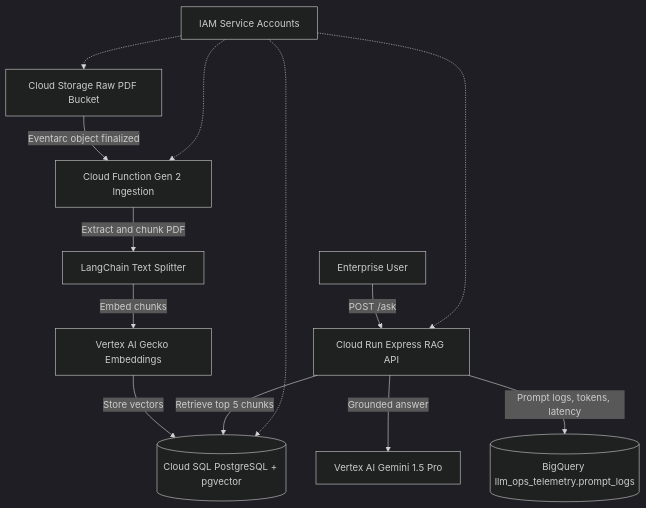
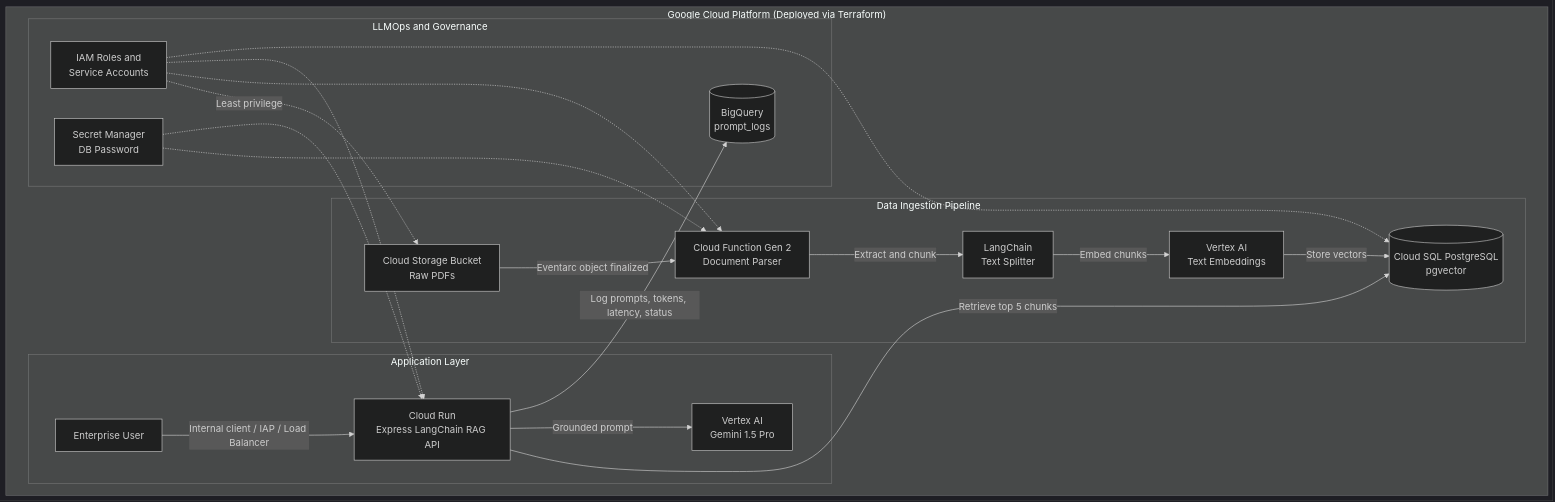
Before and after one commit to otyeung/vertex-enterprise-rag: the diagram in README.md, drawn with Mermaid (dark theme). The commit also changed other lines of this file and 1 other file, not shown here.

Commit message:
docs(readme): 補充 RAG 評估指南

````diff
--- a/README.md
+++ b/README.md
@@ -21,15 +29,27 @@
 ```mermaid
 graph TD
-    User[Enterprise User] -->|POST /ask| Run[Cloud Run Express RAG API]
-    GCS[Cloud Storage Raw PDF Bucket] -->|Eventarc object finalized| Fn[Cloud Function Gen 2 Ingestion]
-    Fn -->|Extract and chunk PDF| Split[LangChain Text Splitter]
-    Split -->|Embed chunks| Embed[Vertex AI Gecko Embeddings]
-    Embed -->|Store vectors| SQL[(Cloud SQL PostgreSQL + pgvector)]
-    Run -->|Retrieve top 5 chunks| SQL
-    Run -->|Grounded answer| Gemini[Vertex AI Gemini 1.5 Pro]
-    Run -->|Prompt logs, tokens, latency| BQ[(BigQuery llm_ops_telemetry.prompt_logs)]
-    IAM[IAM Service Accounts] -.-> GCS
-    IAM -.-> Fn
-    IAM -.-> Run
-    IAM -.-> SQL
+    subgraph GCP["Google Cloud Platform (Deployed via Terraform)"]
+        subgraph Ingestion["Data Ingestion Pipeline"]
+            GCS[Cloud Storage Bucket<br>Raw PDFs] -->|Eventarc object finalized| Fn[Cloud Function Gen 2<br>Document Parser]
+            Fn -->|Extract and chunk| Split[LangChain<br>Text Splitter]
+            Split -->|Embed chunks| Embed[Vertex AI<br>Text Embeddings]
+            Embed -->|Store vectors| VectorDB[(Cloud SQL PostgreSQL<br>pgvector)]
+        end
+
+        subgraph App["Application Layer"]
+            User[Enterprise User] -->|Internal client / IAP / Load Balancer| Run[Cloud Run<br>Express LangChain RAG API]
+            Run -->|Retrieve top 5 chunks| VectorDB
+            Run -->|Grounded prompt| Gemini[Vertex AI<br>Gemini 1.5 Pro]
+        end
+
+        subgraph Gov["LLMOps and Governance"]
+            Run -->|Log prompts, tokens, latency, status| BQ[(BigQuery<br>prompt_logs)]
+            IAM[IAM Roles and<br>Service Accounts] -.->|Least privilege| GCS
+            IAM -.-> Fn
+            IAM -.-> Run
+            IAM -.-> VectorDB
+            Secret[Secret Manager<br>DB Password] -.-> Fn
+            Secret -.-> Run
+        end
+    end
 ```
````
